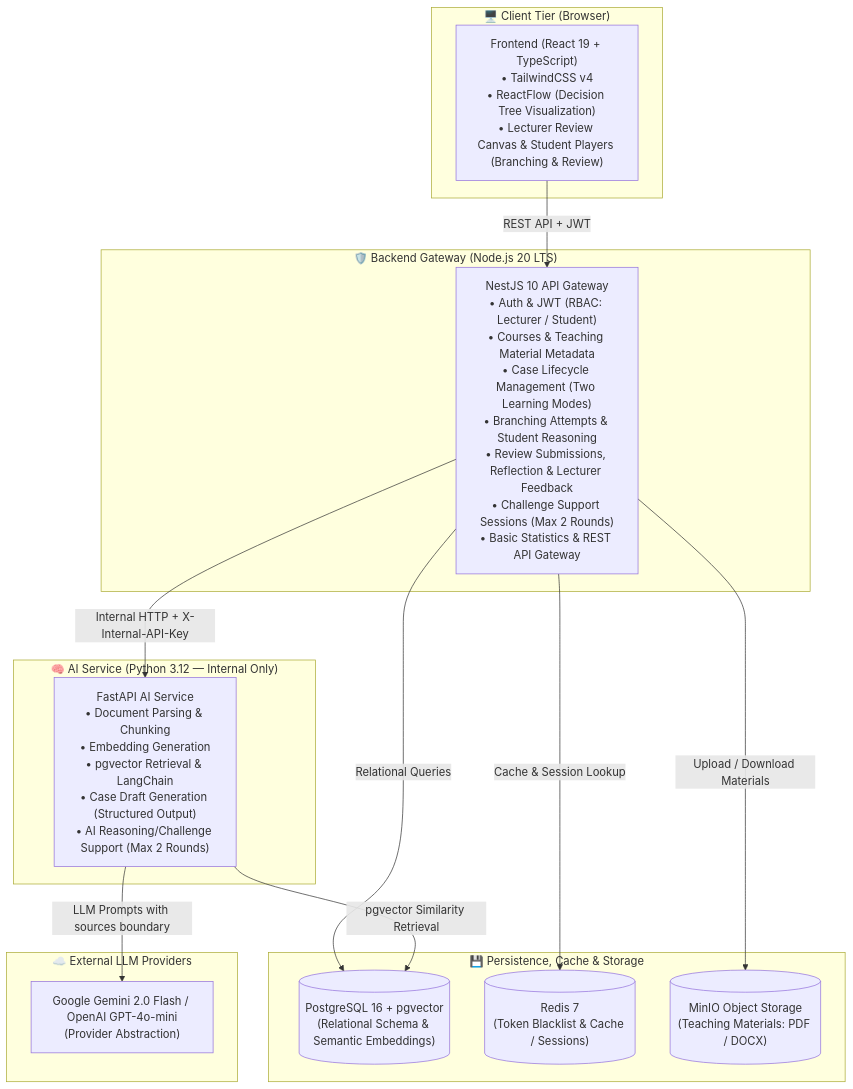
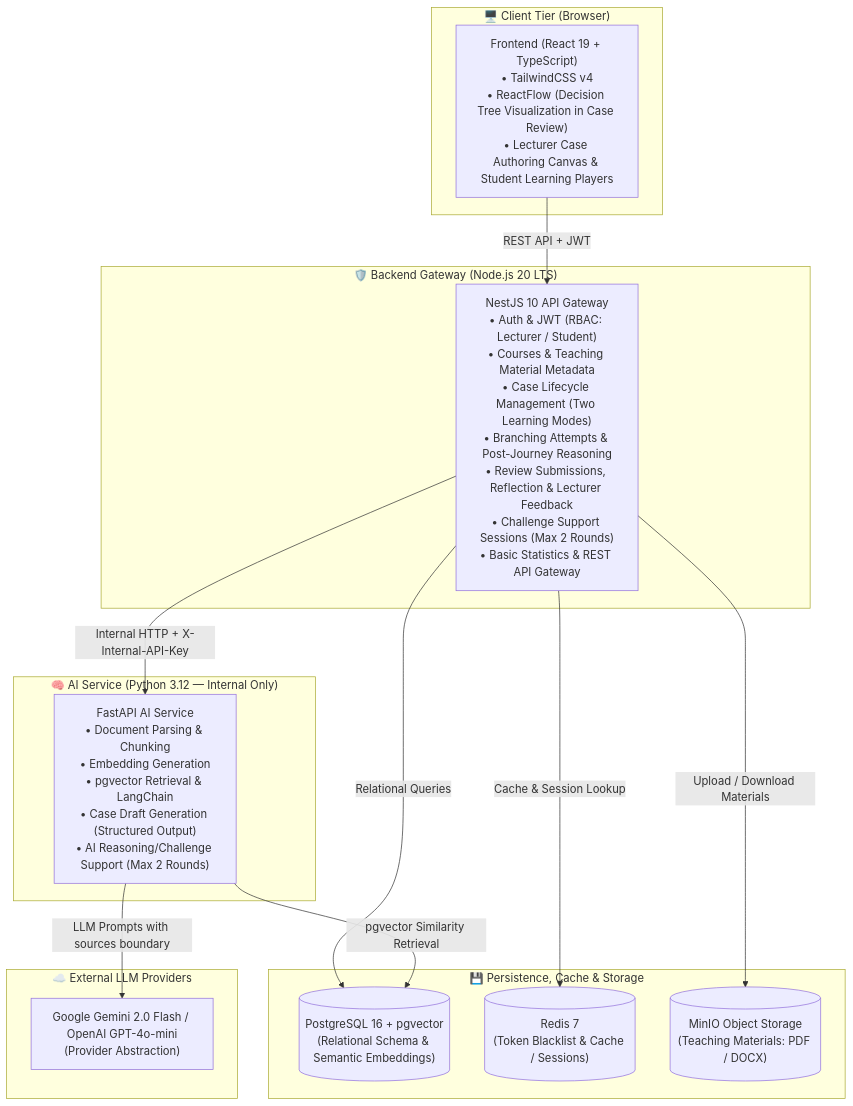
One commit to HoangNam2464/CaseTree-AI changed the diagram in README.md. Above: the diagram before and after it, drawn with Mermaid. The commit also changed other lines of this file and 52 other files, not shown here.

Commit message:
docs: update system architecture, design docs, and agent rules

````diff
--- a/README.md
+++ b/README.md
@@ -115,32 +147,32 @@
 ```mermaid
 flowchart TD
     subgraph Client ["🖥️ Client Tier (Browser)"]
-        FE["Frontend (React 19 + TypeScript)\n• TailwindCSS v4\n• ReactFlow (Decision Tree Visualization)\n• Lecturer Review Canvas & Student Players (Branching & Review)"]
+        FE["Frontend (React 19 + TypeScript)\n• TailwindCSS v4\n• ReactFlow (Decision Tree Visualization in Case Review)\n• Lecturer Case Authoring Canvas & Student Learning Players"]
     end
 
     subgraph Gateway ["🛡️ Backend Gateway (Node.js 20 LTS)"]
-        BG["NestJS 10 API Gateway\n• Auth & JWT (RBAC: Lecturer / Student)\n• Courses & Teaching Material Metadata\n• Case Lifecycle Management (Two Learning Modes)\n• Branching Attempts & Student Reasoning\n• Review Submissions, Reflection & Lecturer Feedback\n• Challenge Support Sessions (Max 2 Rounds)\n• Basic Statistics & REST API Gateway"]
+        BG["NestJS 10 API Gateway\n• Auth & JWT (RBAC: Lecturer / Student)\n• Courses & Teaching Material Metadata\n• Case Lifecycle Management (Two Learning Modes)\n• Branching Attempts & Post-Journey Reasoning\n• Review Submissions, Reflection & Lecturer Feedback\n• Challenge Support Sessions (Max 2 Rounds)\n• Basic Statistics & REST API Gateway"]
     end
 
     subgraph Storage ["💾 Persistence, Cache & Storage"]
         PG[("PostgreSQL 16 + pgvector\n(Relational Schema & Semantic Embeddings)")]
         REDIS[("Redis 7\n(Token Blacklist & Cache / Sessions)")]
         MINIO[("MinIO Object Storage\n(Teaching Materials: PDF / DOCX)")]
     end
 
     subgraph InternalAI ["🧠 AI Service (Python 3.12 — Internal Only)"]
         AI["FastAPI AI Service\n• Document Parsing & Chunking\n• Embedding Generation\n• pgvector Retrieval & LangChain\n• Case Draft Generation (Structured Output)\n• AI Reasoning/Challenge Support (Max 2 Rounds)"]
     end
 
     subgraph Providers ["☁️ External LLM Providers"]
         LLM["Google Gemini 2.0 Flash / OpenAI GPT-4o-mini\n(Provider Abstraction)"]
     end
 
     FE -->|REST API + JWT| BG
     BG -->|Relational Queries| PG
     BG -->|Cache & Session Lookup| REDIS
     BG -->|Upload / Download Materials| MINIO
     BG -->|Internal HTTP + X-Internal-API-Key| AI
     AI -->|pgvector Similarity Retrieval| PG
     AI -->|LLM Prompts with sources boundary| LLM
 ```
````
